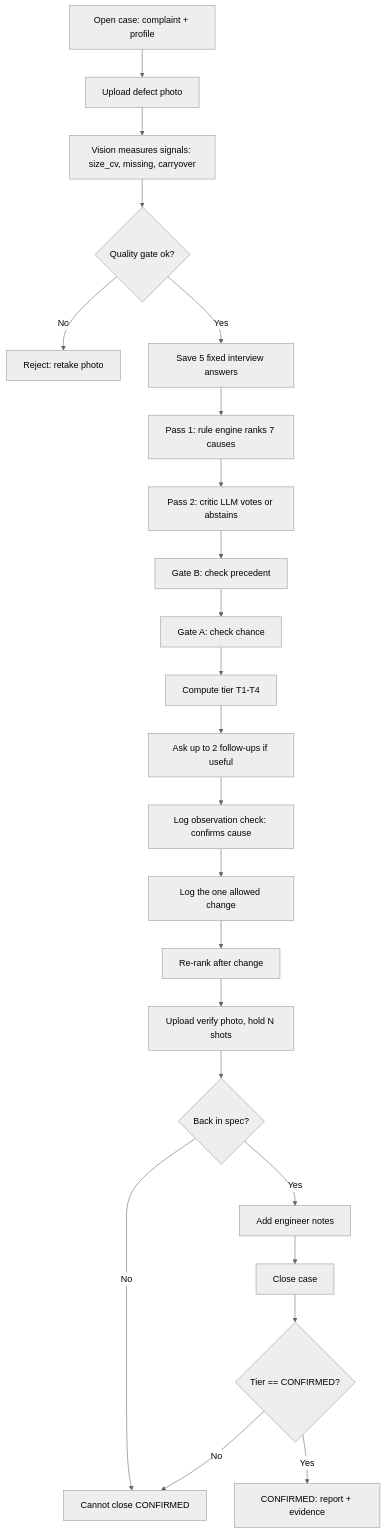
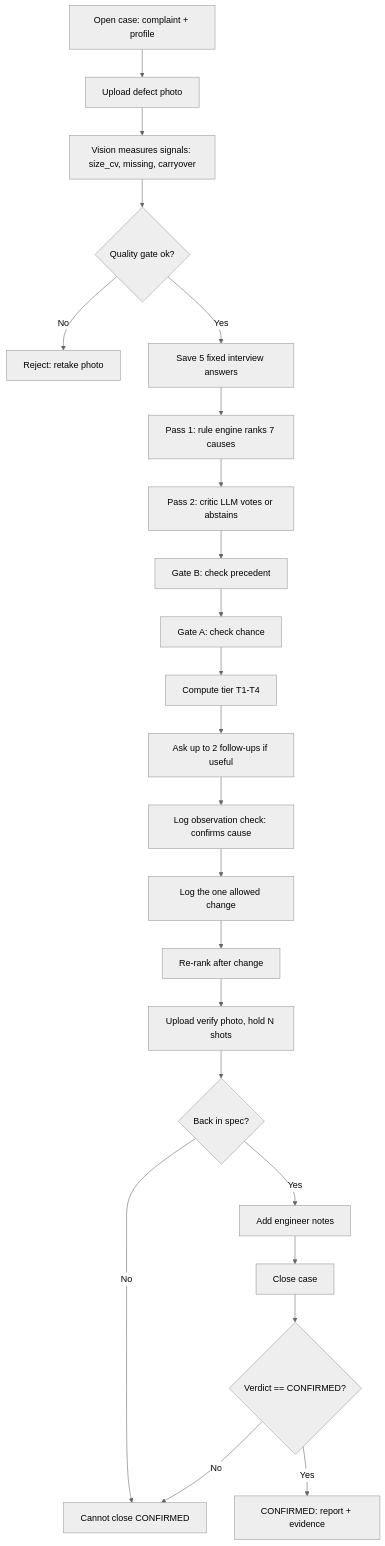
The diagram in docs/final/qa-bank.md (Calvin105/AiHorizon), drawn with Mermaid (neutral theme) before and after one commit. The commit also changed other lines of this file and 6 other files, not shown here.

First line of the commit message:
fix(ui): T1-T4 is the Tier column, the closed-case word is the Verdict

````diff
--- a/docs/final/qa-bank.md
+++ b/docs/final/qa-bank.md
@@ -10,25 +10,25 @@
 ```mermaid
 flowchart TD
     A["Open case: complaint + profile"] --> B["Upload defect photo"]
     B --> C["Vision measures signals: size_cv, missing, carryover"]
     C --> D{"Quality gate ok?"}
     D -- No --> D1["Reject: retake photo"]
     D -- Yes --> E["Save 5 fixed interview answers"]
     E --> F["Pass 1: rule engine ranks 7 causes"]
     F --> G["Pass 2: critic LLM votes or abstains"]
     G --> H["Gate B: check precedent"]
     H --> I["Gate A: check chance"]
     I --> J["Compute tier T1-T4"]
     J --> K["Ask up to 2 follow-ups if useful"]
     K --> L["Log observation check: confirms cause"]
     L --> M["Log the one allowed change"]
     M --> N["Re-rank after change"]
     N --> O["Upload verify photo, hold N shots"]
     O --> P{"Back in spec?"}
     P -- No --> P1["Cannot close CONFIRMED"]
     P -- Yes --> Q["Add engineer notes"]
     Q --> R["Close case"]
-    R --> S{"Tier == CONFIRMED?"}
+    R --> S{"Verdict == CONFIRMED?"}
     S -- Yes --> T["CONFIRMED: report + evidence"]
     S -- No --> P1
 ```
````
